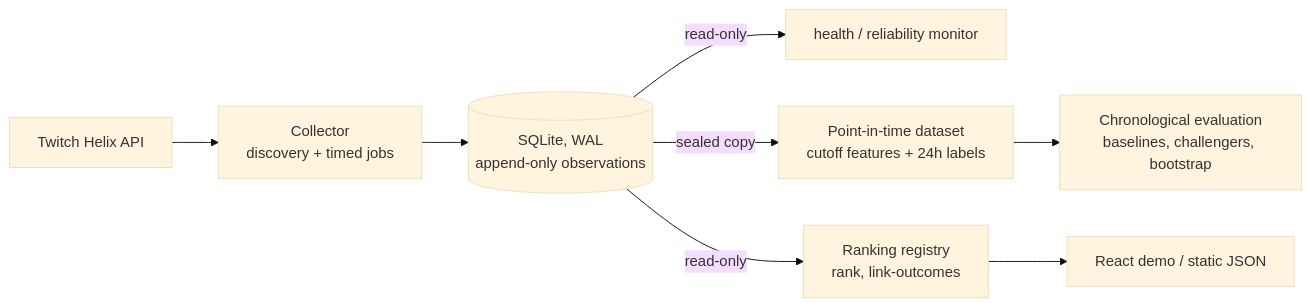
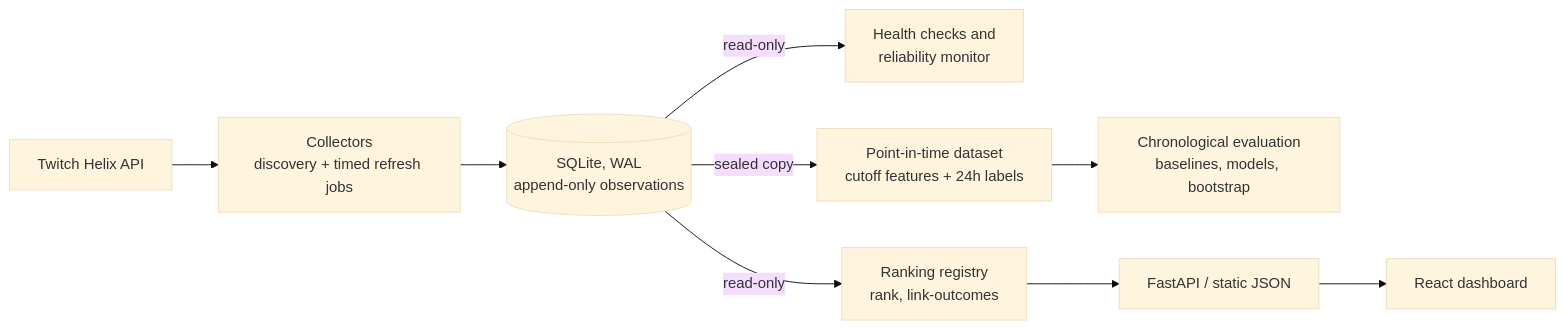
The diagram in README.md (SimoneZezzo/viralclip-radar), drawn with Mermaid (base theme) before and after one commit. The commit also changed other lines of this file and 1 other file, not shown here.

````diff
--- a/README.md
+++ b/README.md
@@ -48,10 +61,11 @@
 ```mermaid
 flowchart LR
-    H[Twitch Helix API] --> C[Collector<br/>discovery + timed jobs]
+    H[Twitch Helix API] --> C[Collectors<br/>discovery + timed refresh jobs]
     C --> DB[(SQLite, WAL<br/>append-only observations)]
-    DB -->|read-only| HM[health / reliability monitor]
+    DB -->|read-only| HM[Health checks and<br/>reliability monitor]
     DB -->|sealed copy| DS[Point-in-time dataset<br/>cutoff features + 24h labels]
-    DS --> EV[Chronological evaluation<br/>baselines, challengers, bootstrap]
+    DS --> EV[Chronological evaluation<br/>baselines, models, bootstrap]
     DB -->|read-only| RK[Ranking registry<br/>rank, link-outcomes]
-    RK --> UI[React demo / static JSON]
+    RK --> API[FastAPI / static JSON]
+    API --> UI[React dashboard]
 ```
````
